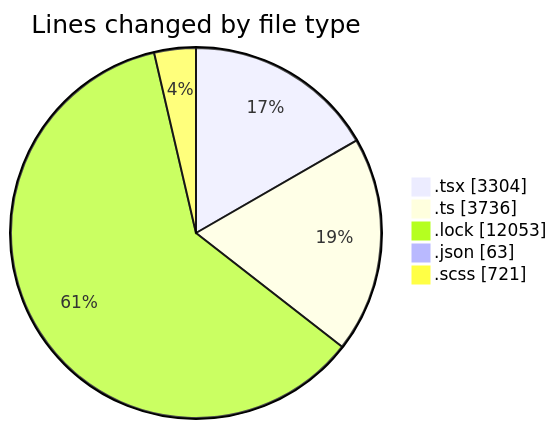
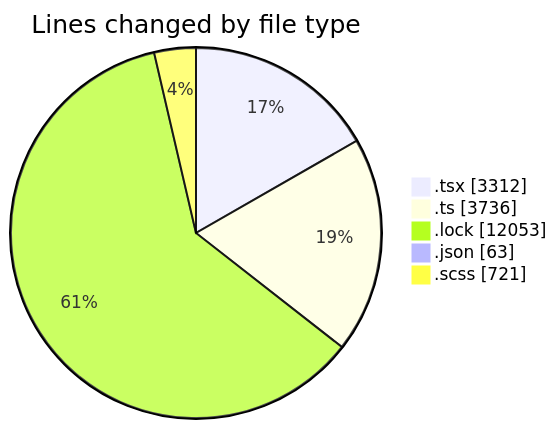
Before and after one commit to momahboobian/code-tracking: the first of 2 diagrams in 2025-12-03/cda/README.md, drawn with Mermaid. The commit also changed other lines of this file and 1 other file, not shown here.

````diff
--- a/2025-12-03/cda/README.md
+++ b/2025-12-03/cda/README.md
@@ -32,9 +32,9 @@
 ```mermaid
 pie showData
 title Lines changed by file type
-".tsx" : 3304
+".tsx" : 3312
 ".ts" : 3736
 ".lock" : 12053
 ".json" : 63
 ".scss" : 721
 ```
````
